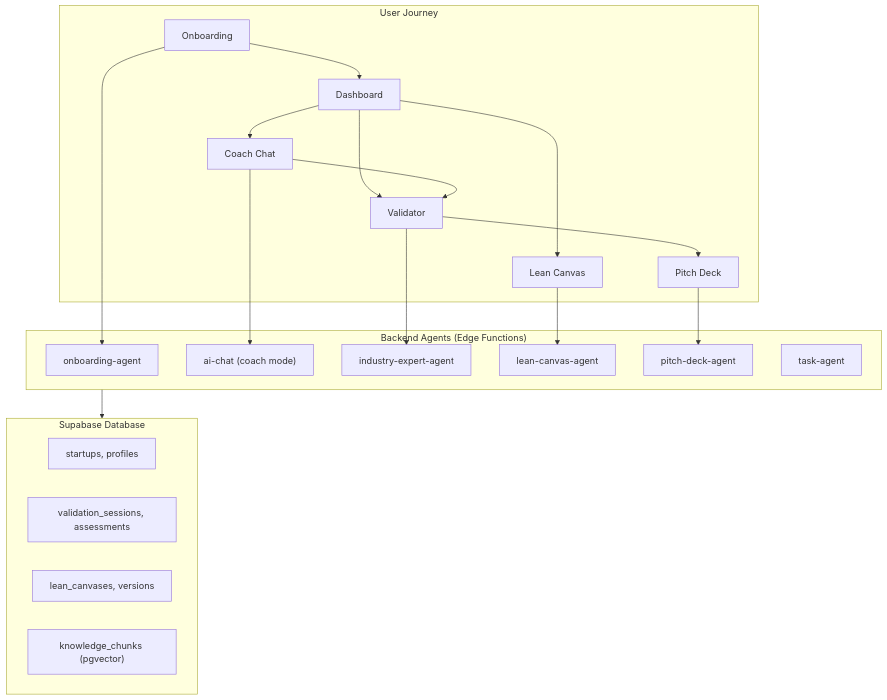
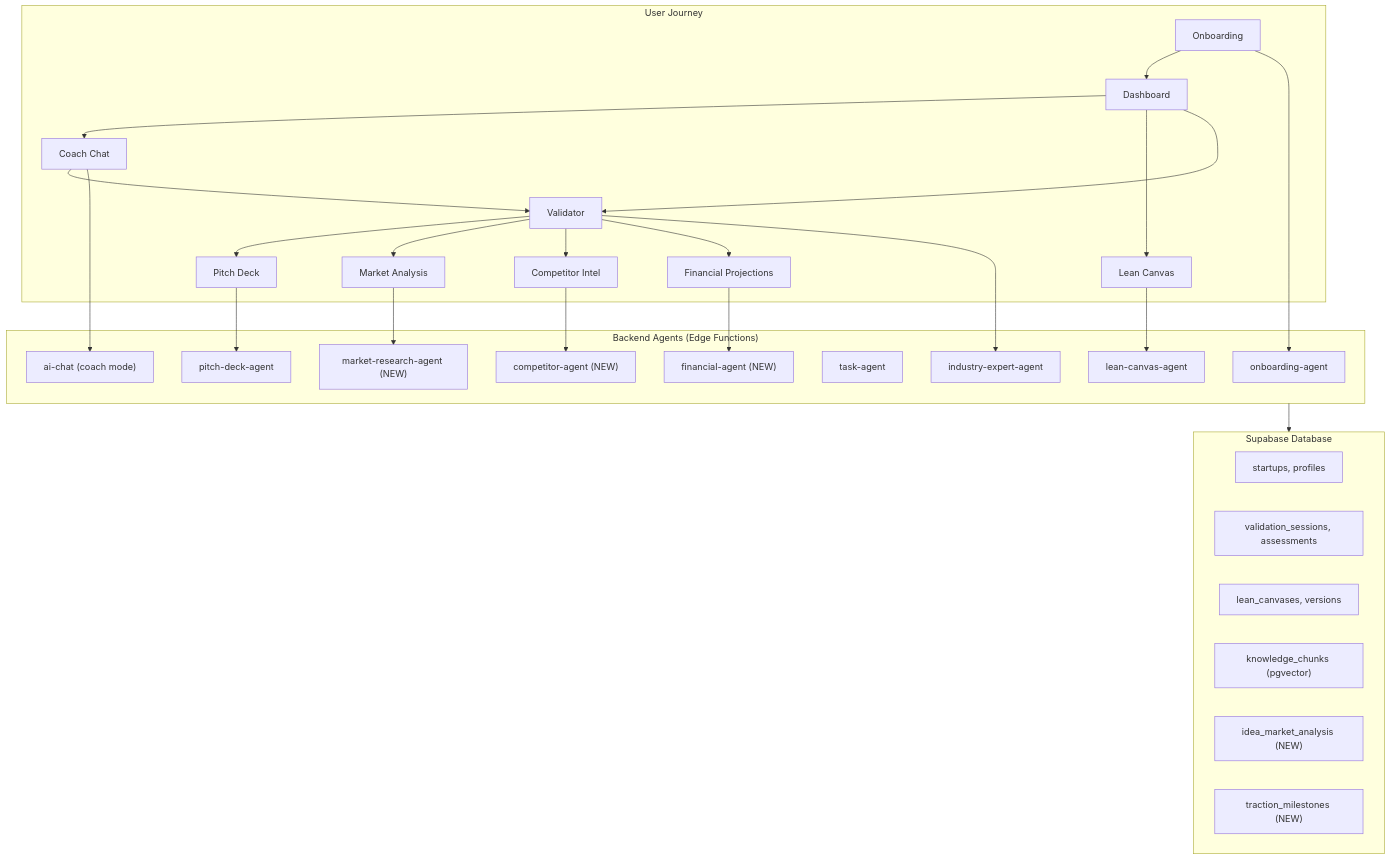
One commit to amo-tech-ai/rocket-path-ai changed the first of 6 diagrams in docs/tasks/00-progress-tracker.md. Above: the diagram before and after it, drawn with Mermaid. The commit also changed other lines of this file and 10 other files, not shown here.

````diff
--- a/docs/tasks/00-progress-tracker.md
+++ b/docs/tasks/00-progress-tracker.md
@@ -38,36 +39,47 @@
 ```mermaid
 flowchart TB
     subgraph UserJourney["User Journey"]
         O["Onboarding"] --> D["Dashboard"]
         D --> C["Coach Chat"]
         D --> LC["Lean Canvas"]
         D --> V["Validator"]
         C --> V
         V --> PD["Pitch Deck"]
+        V --> MA["Market Analysis"]
+        V --> CI["Competitor Intel"]
+        V --> FP["Financial Projections"]
     end
     
     subgraph BackendAgents["Backend Agents (Edge Functions)"]
         OA["onboarding-agent"]
         CA["ai-chat (coach mode)"]
         IEA["industry-expert-agent"]
         LCA["lean-canvas-agent"]
         PDA["pitch-deck-agent"]
         TA["task-agent"]
+        MRA["market-research-agent (NEW)"]
+        CPA["competitor-agent (NEW)"]
+        FA["financial-agent (NEW)"]
     end
     
     subgraph Database["Supabase Database"]
         direction LR
         StartupData["startups, profiles"]
         CoachData["validation_sessions, assessments"]
         CanvasData["lean_canvases, versions"]
         VectorData["knowledge_chunks (pgvector)"]
+        MarketData["idea_market_analysis (NEW)"]
+        GrowthData["traction_milestones (NEW)"]
     end
     
     O --> OA
     C --> CA
     LC --> LCA
     V --> IEA
     PD --> PDA
+    MA --> MRA
+    CI --> CPA
+    FP --> FA
     
     BackendAgents --> Database
 ```
````
